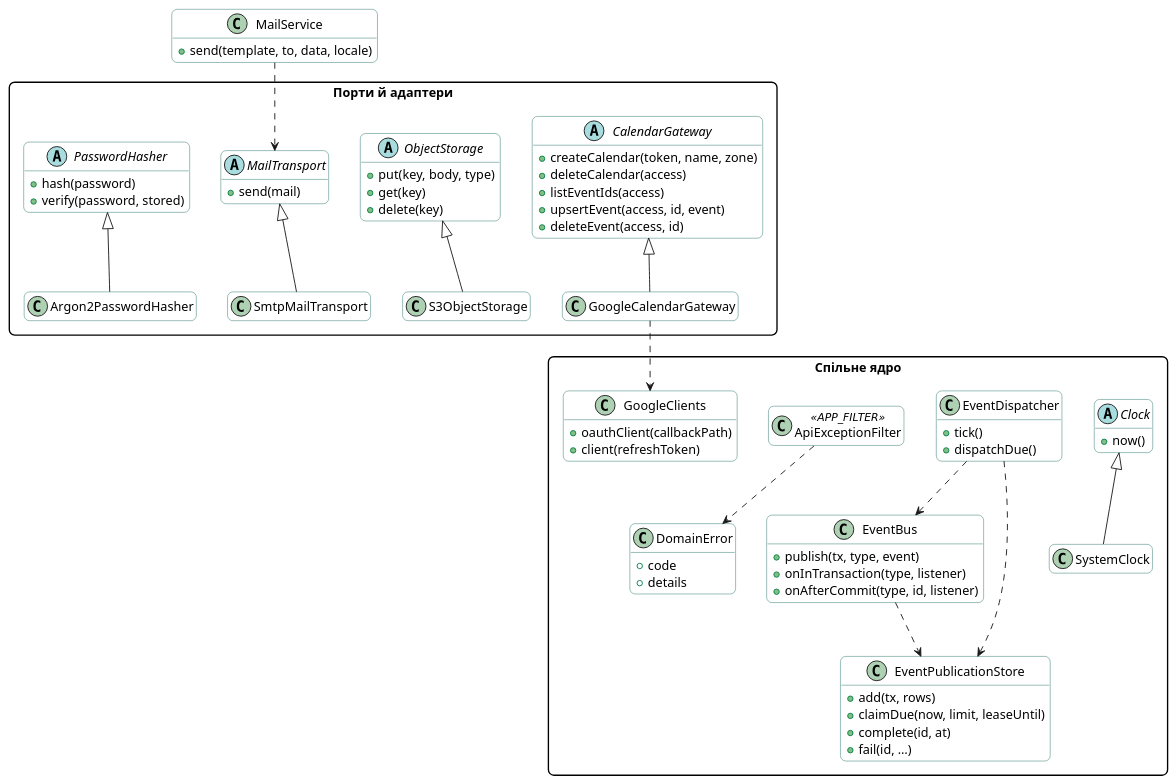
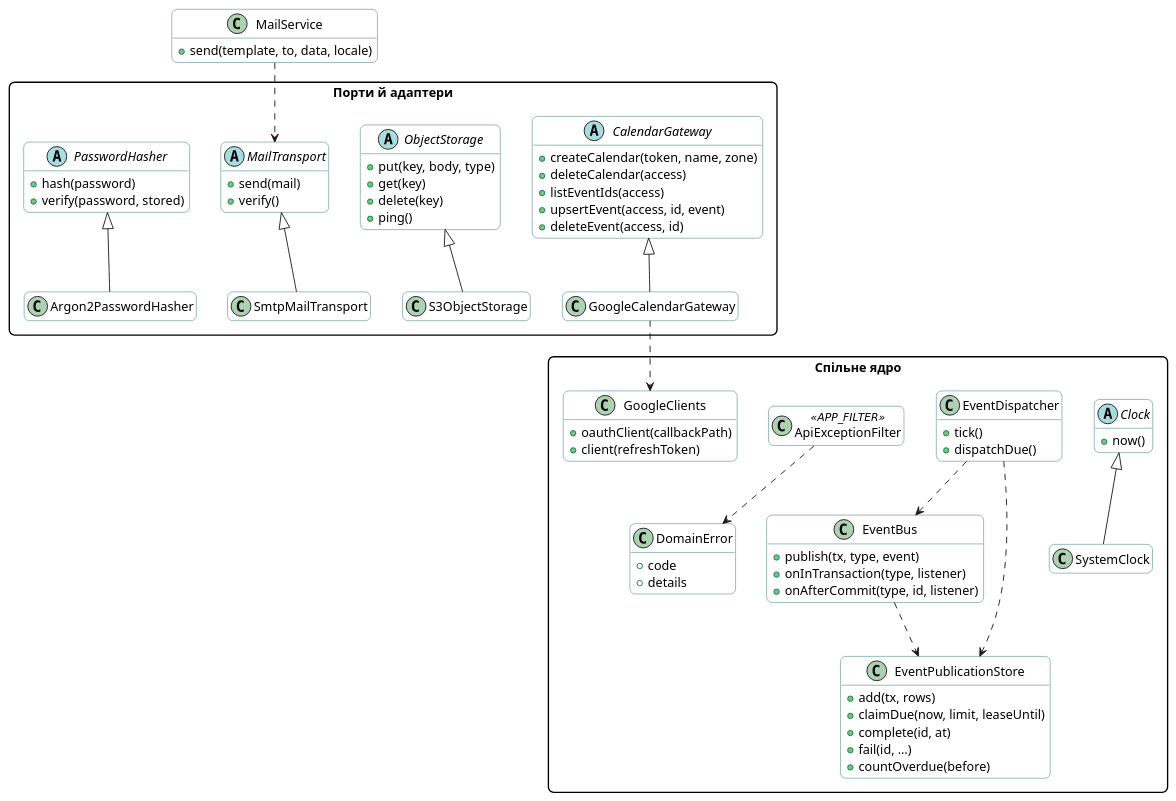
The diagram in docs/diagrams/class/shared-kernel.puml (mzabrodin/Errandly), drawn with PlantUML before and after one commit. The commit also changed 29 other files, not shown here.

```diff
--- a/docs/diagrams/class/shared-kernel.puml
+++ b/docs/diagrams/class/shared-kernel.puml
@@ -1,82 +1,85 @@
 @startuml shared-kernel
 skinparam shadowing false
 skinparam defaultFontName "Inter, Segoe UI, Arial"
 skinparam RoundCorner 12
 skinparam ClassBackgroundColor #FFFFFF
 skinparam ClassBorderColor #1F6F64
 skinparam packageStyle rectangle
 hide empty members
 
 package "Спільне ядро" {
   class EventBus {
     +publish(tx, type, event)
     +onInTransaction(type, listener)
     +onAfterCommit(type, id, listener)
   }
   class EventDispatcher {
     +tick()
     +dispatchDue()
   }
   class EventPublicationStore {
     +add(tx, rows)
     +claimDue(now, limit, leaseUntil)
     +complete(id, at)
     +fail(id, …)
+    +countOverdue(before)
   }
   abstract class Clock {
     +now()
   }
   class SystemClock
   class DomainError {
     +code
     +details
   }
   class ApiExceptionFilter <<APP_FILTER>>
   class GoogleClients {
     +oauthClient(callbackPath)
     +client(refreshToken)
   }
 }
 
 package "Порти й адаптери" {
   abstract class PasswordHasher {
     +hash(password)
     +verify(password, stored)
   }
   class Argon2PasswordHasher
   abstract class MailTransport {
     +send(mail)
+    +verify()
   }
   class SmtpMailTransport
   abstract class ObjectStorage {
     +put(key, body, type)
     +get(key)
     +delete(key)
+    +ping()
   }
   class S3ObjectStorage
   abstract class CalendarGateway {
     +createCalendar(token, name, zone)
     +deleteCalendar(access)
     +listEventIds(access)
     +upsertEvent(access, id, event)
     +deleteEvent(access, id)
   }
   class GoogleCalendarGateway
 }
 
 class MailService {
   +send(template, to, data, locale)
 }
 
 EventBus ..> EventPublicationStore
 EventDispatcher ..> EventPublicationStore
 EventDispatcher ..> EventBus
 ApiExceptionFilter ..> DomainError
 MailService ..> MailTransport
 SystemClock -up-|> Clock
 Argon2PasswordHasher -up-|> PasswordHasher
 SmtpMailTransport -up-|> MailTransport
 S3ObjectStorage -up-|> ObjectStorage
 GoogleCalendarGateway -up-|> CalendarGateway
 GoogleCalendarGateway ..> GoogleClients
 @enduml
```
